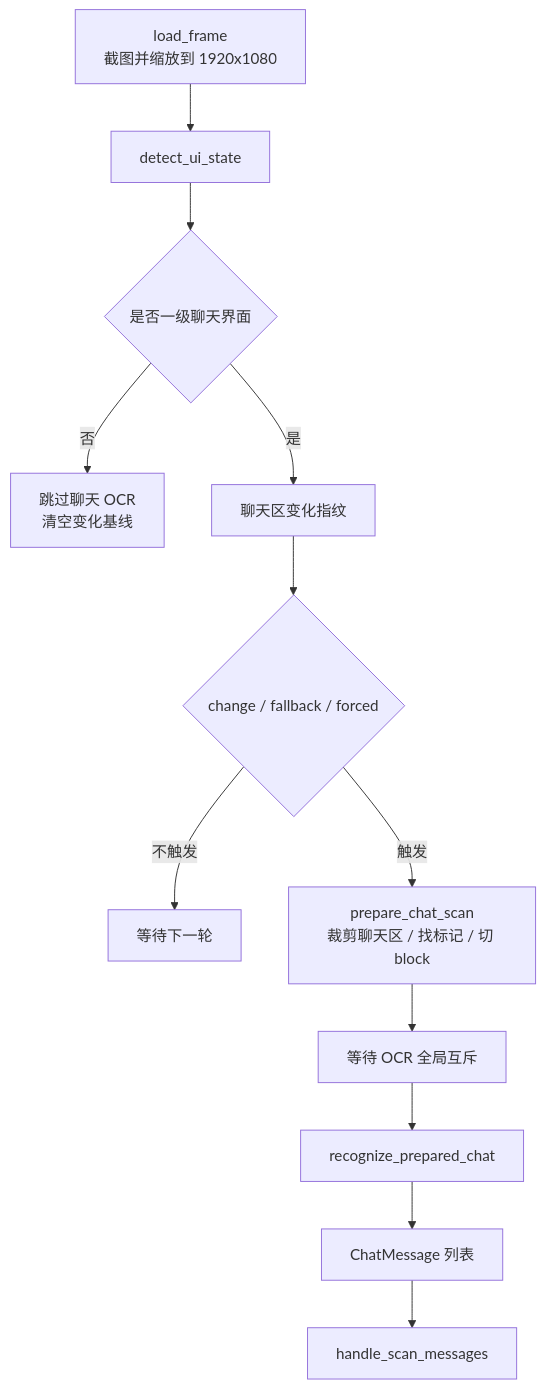
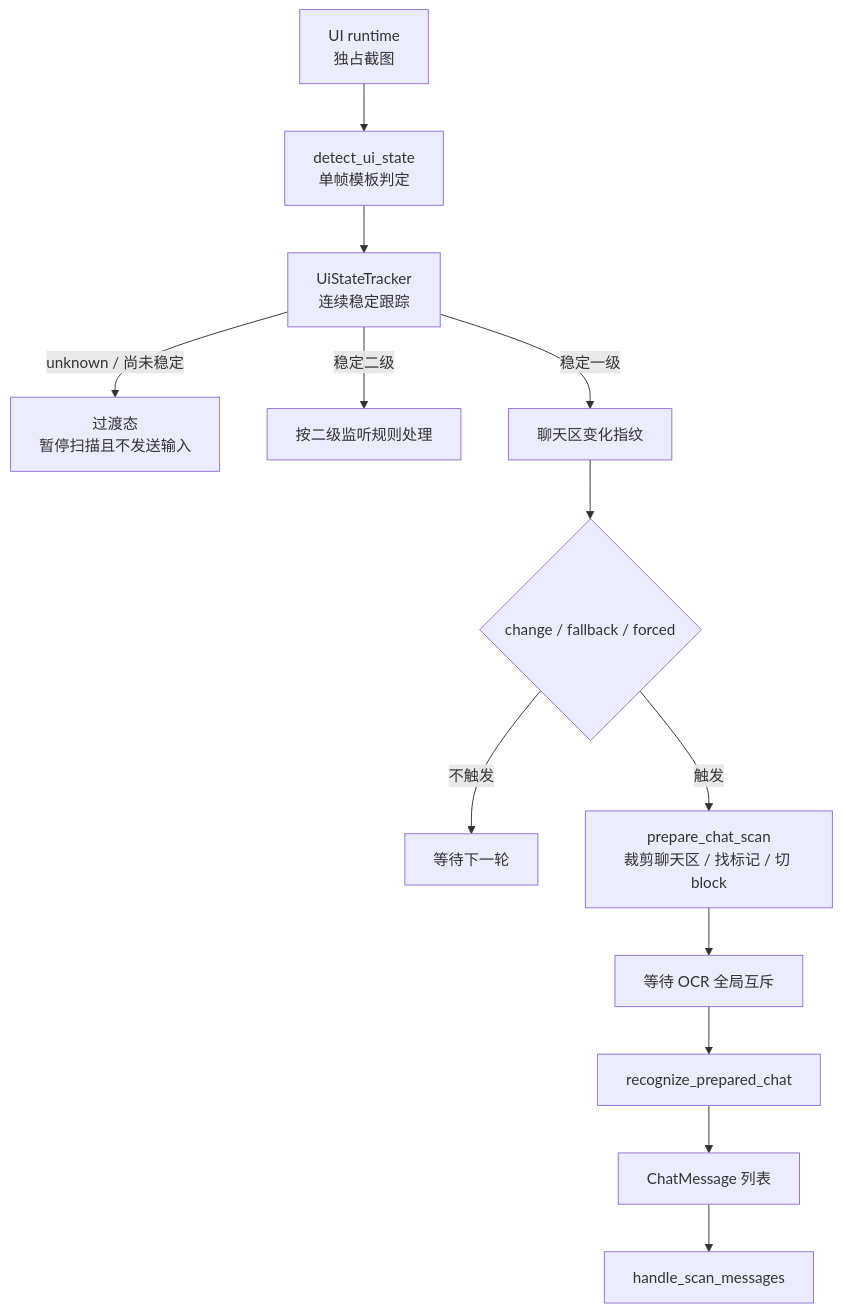
Before and after one commit to XingNian-www/Miliastra-Wonderland-Music: the diagram in docs/ocr-ui-detection-flow.md, drawn with Mermaid. The commit also changed other lines of this file and 40 other files, not shown here.

````diff
--- a/docs/ocr-ui-detection-flow.md
+++ b/docs/ocr-ui-detection-flow.md
@@ -13,14 +15,15 @@
 ```mermaid
 flowchart TD
-    A["load_frame<br/>截图并缩放到 1920x1080"] --> B["detect_ui_state"]
-    B --> C{"是否一级聊天界面"}
-    C -->|否| D["跳过聊天 OCR<br/>清空变化基线"]
-    C -->|是| E["聊天区变化指纹"]
+    A["UI runtime<br/>独占截图"] --> B["detect_ui_state<br/>单帧模板判定"]
+    B --> C["UiStateTracker<br/>连续稳定跟踪"]
+    C -->|unknown / 尚未稳定| D["过渡态<br/>暂停扫描且不发送输入"]
+    C -->|稳定二级| M["按二级监听规则处理"]
+    C -->|稳定一级| E["聊天区变化指纹"]
     E --> F{"change / fallback / forced"}
     F -->|不触发| G["等待下一轮"]
     F -->|触发| H["prepare_chat_scan<br/>裁剪聊天区 / 找标记 / 切 block"]
     H --> I["等待 OCR 全局互斥"]
     I --> J["recognize_prepared_chat"]
     J --> K["ChatMessage 列表"]
     K --> L["handle_scan_messages"]
 ```
````
